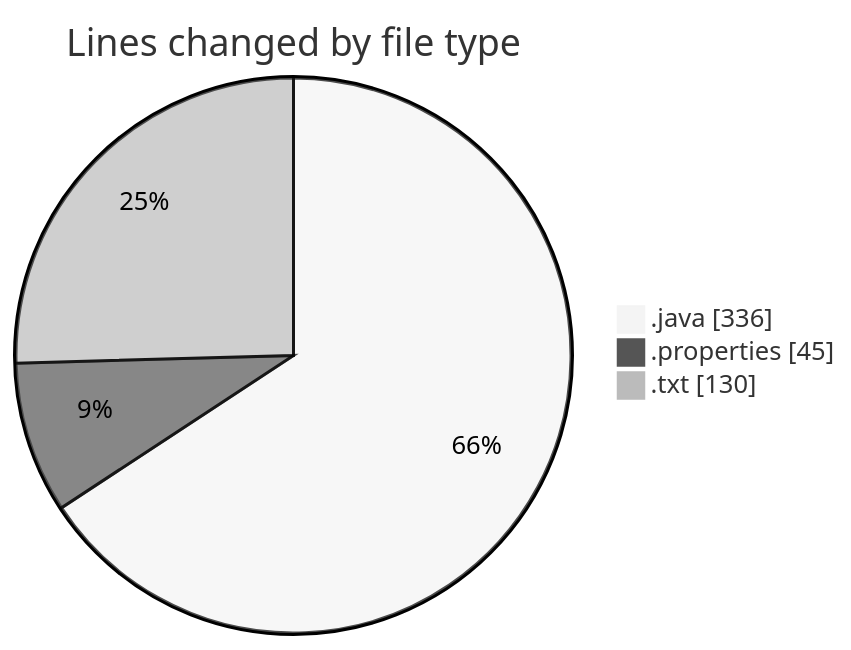
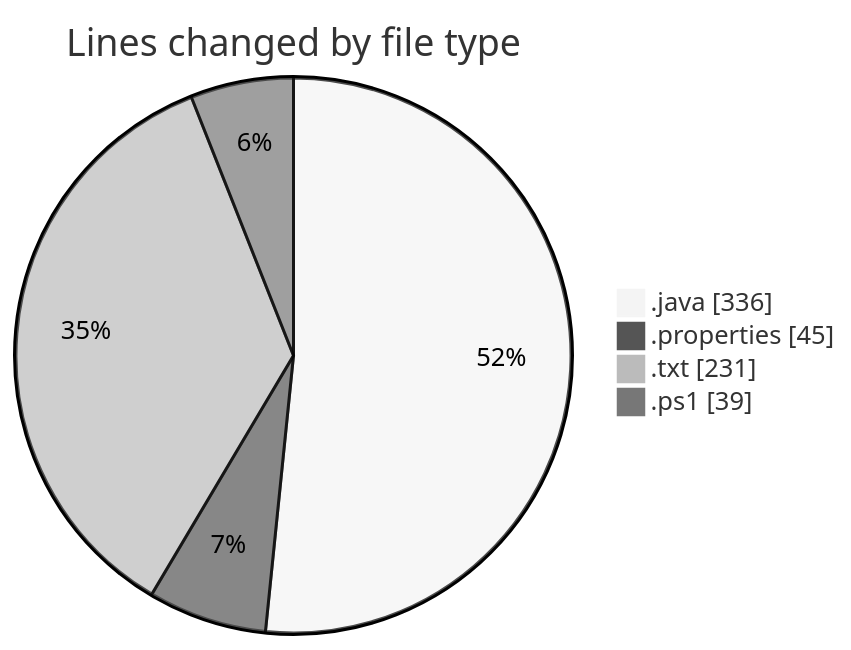
The first of 2 diagrams in 2026-03-03/cilapp/README.md (ricardozamudiocil/code-tracking), drawn with Mermaid (neutral theme) before and after one commit. The commit also changed other lines of this file and 1 other file, not shown here.

````diff
--- a/2026-03-03/cilapp/README.md
+++ b/2026-03-03/cilapp/README.md
@@ -22,7 +24,8 @@
 ```mermaid
 pie showData
 title Lines changed by file type
 ".java" : 336
 ".properties" : 45
-".txt" : 130
+".txt" : 231
+".ps1" : 39
 ```
````
